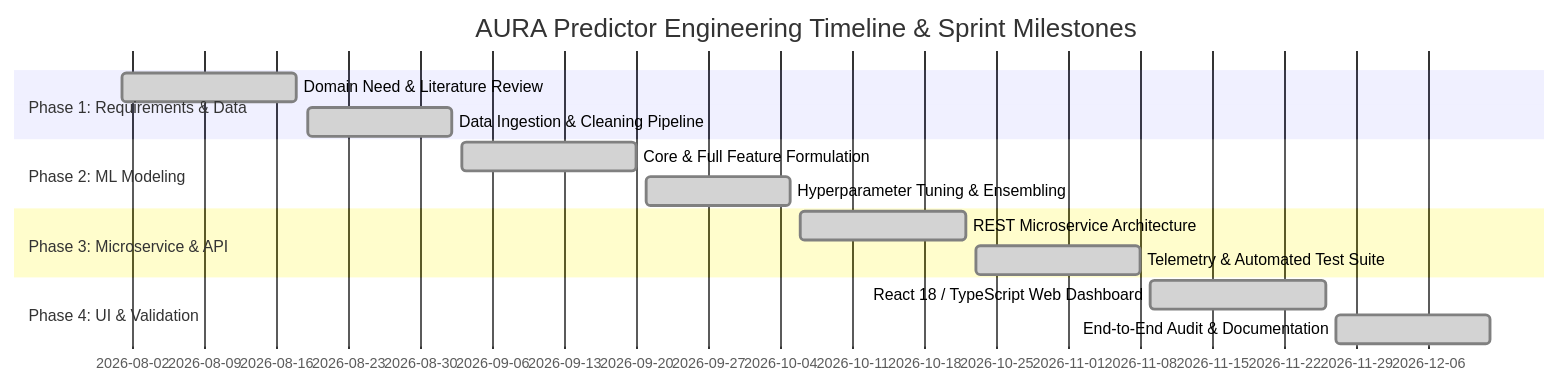
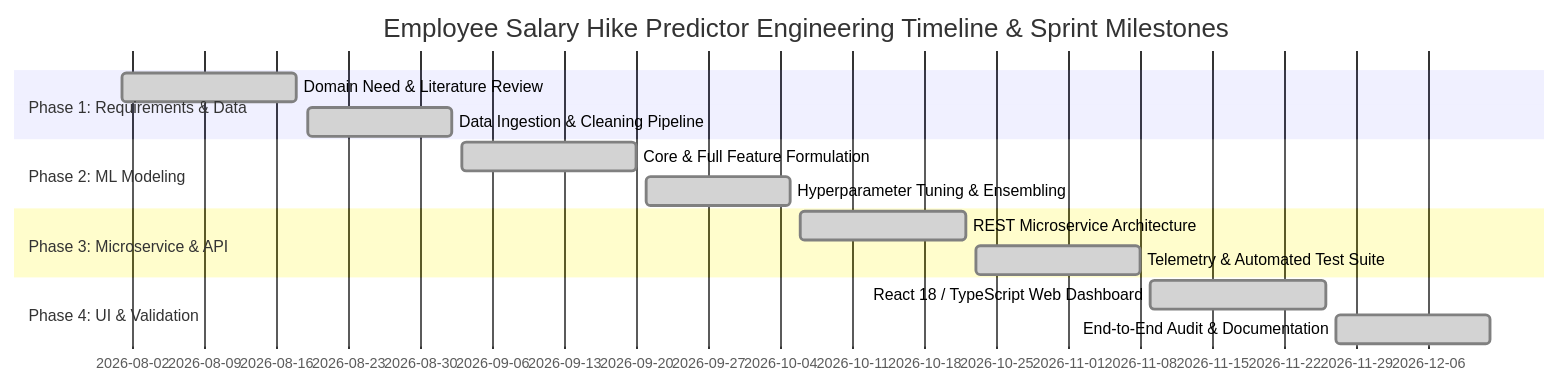
The second of 5 diagrams in PROJECT_REPORT.md (ayush-498/aura-predictor), drawn with Mermaid before and after one commit. The commit also changed other lines of this file and 29 other files, not shown here.

Commit message:
Rename project from Aura Predictor to Employee Salary Hike Predictor

````diff
--- a/PROJECT_REPORT.md
+++ b/PROJECT_REPORT.md
@@ -342,17 +342,17 @@
 ```mermaid
 gantt
-    title AURA Predictor Engineering Timeline & Sprint Milestones
+    title Employee Salary Hike Predictor Engineering Timeline & Sprint Milestones
     dateFormat  YYYY-MM-DD
     section Phase 1: Requirements & Data
     Domain Need & Literature Review       :done,    p1, 2026-08-01, 2026-08-18
     Data Ingestion & Cleaning Pipeline    :done,    p2, 2026-08-19, 2026-09-02
     section Phase 2: ML Modeling
     Core & Full Feature Formulation       :done,    p3, 2026-09-03, 2026-09-20
     Hyperparameter Tuning & Ensembling    :done,    p4, 2026-09-21, 2026-10-05
     section Phase 3: Microservice & API
     REST Microservice Architecture        :done,    p5, 2026-10-06, 2026-10-22
     Telemetry & Automated Test Suite      :done,    p6, 2026-10-23, 2026-11-08
     section Phase 4: UI & Validation
     React 18 / TypeScript Web Dashboard   :done,    p7, 2026-11-09, 2026-11-26
     End-to-End Audit & Documentation      :done,    p8, 2026-11-27, 2026-12-12
 ```
````
